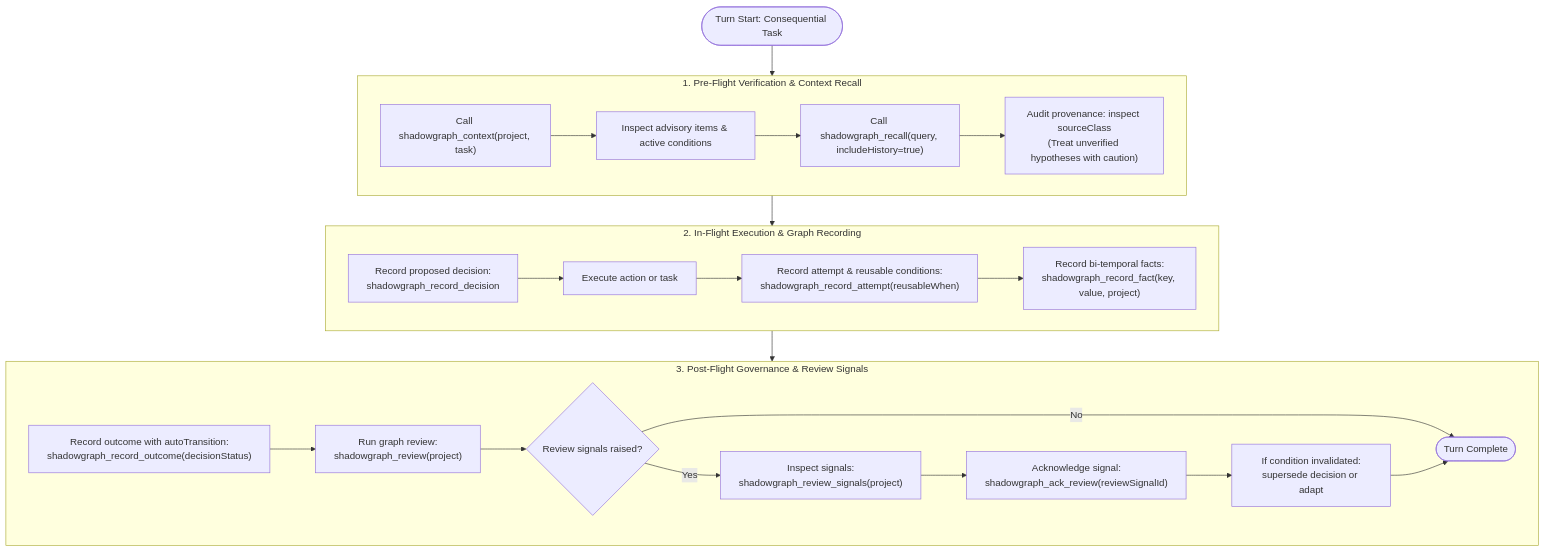
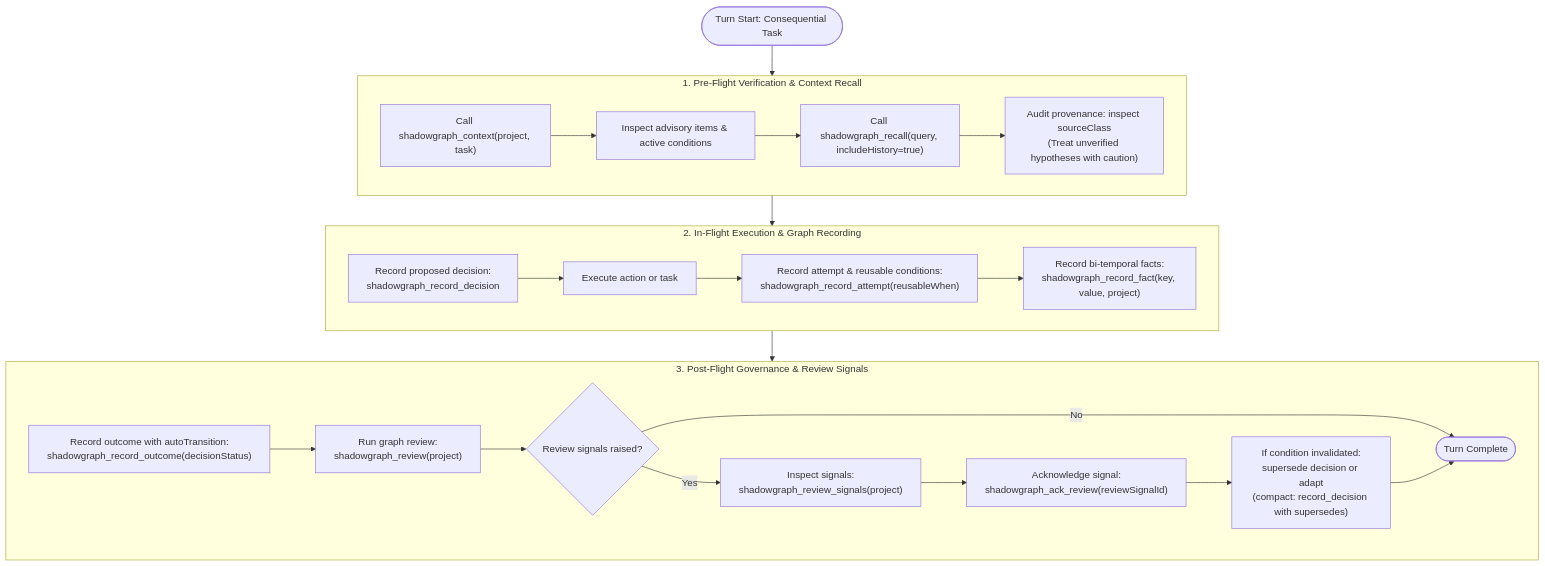
Before and after one commit to LiLara-AI/shadowgraph: the diagram in integrations/agent-policy.md, drawn with Mermaid. The commit also changed other lines of this file and 11 other files, not shown here.

````diff
--- a/integrations/agent-policy.md
+++ b/integrations/agent-policy.md
@@ -5,30 +5,30 @@
 ```mermaid
 graph TD
     Start([Turn Start: Consequential Task]) --> PreFlight
 
     subgraph PreFlight ["1. Pre-Flight Verification & Context Recall"]
         P1["Call shadowgraph_context(project, task)"] --> P2["Inspect advisory items & active conditions"]
         P2 --> P3["Call shadowgraph_recall(query, includeHistory=true)"]
         P3 --> P4["Audit provenance: inspect sourceClass\n(Treat unverified hypotheses with caution)"]
     end
 
     PreFlight --> ExecutionPhase
 
     subgraph ExecutionPhase ["2. In-Flight Execution & Graph Recording"]
         E1["Record proposed decision:\nshadowgraph_record_decision"] --> E2["Execute action or task"]
         E2 --> E3["Record attempt & reusable conditions:\nshadowgraph_record_attempt(reusableWhen)"]
         E3 --> E4["Record bi-temporal facts:\nshadowgraph_record_fact(key, value, project)"]
     end
 
     ExecutionPhase --> PostFlight
 
     subgraph PostFlight ["3. Post-Flight Governance & Review Signals"]
         PF1["Record outcome with autoTransition:\nshadowgraph_record_outcome(decisionStatus)"] --> PF2["Run graph review:\nshadowgraph_review(project)"]
         PF2 --> PF3{Review signals raised?}
         PF3 -- Yes --> PF4["Inspect signals:\nshadowgraph_review_signals(project)"]
         PF4 --> PF5["Acknowledge signal:\nshadowgraph_ack_review(reviewSignalId)"]
-        PF5 --> PF6["If condition invalidated:\nsupersede decision or adapt"]
+        PF5 --> PF6["If condition invalidated:\nsupersede decision or adapt\n(compact: record_decision with supersedes)"]
         PF3 -- No --> Complete([Turn Complete])
         PF6 --> Complete
     end
 ```
````
